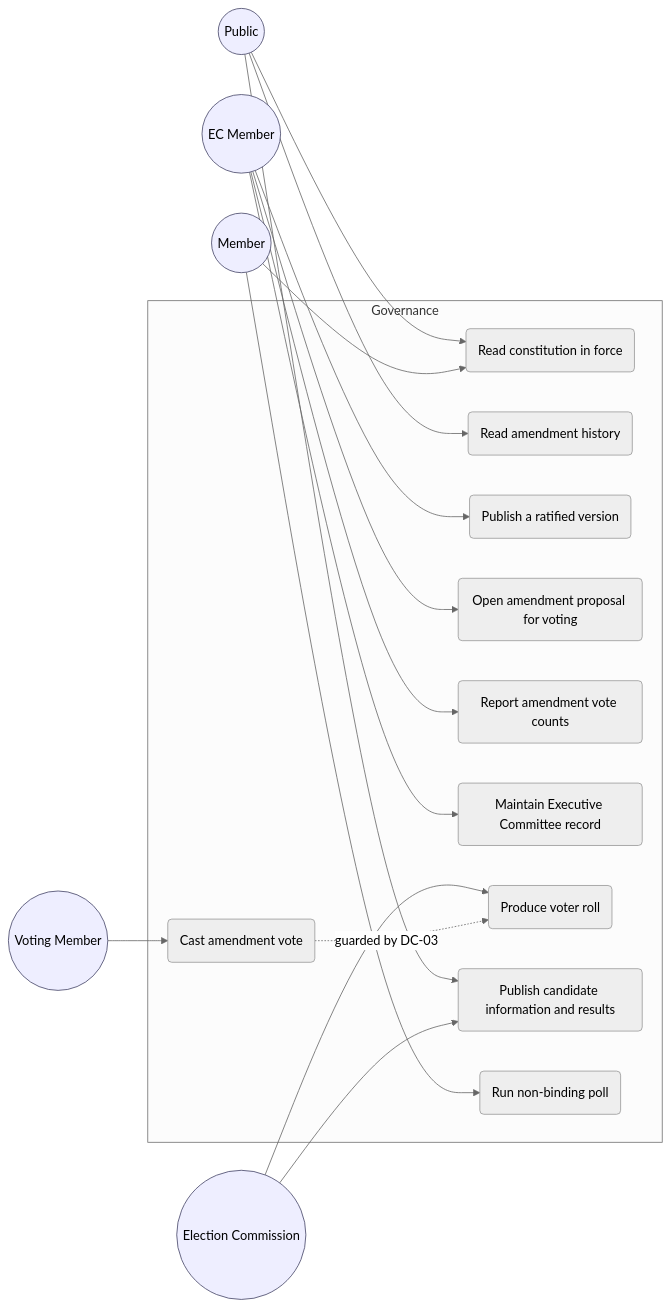
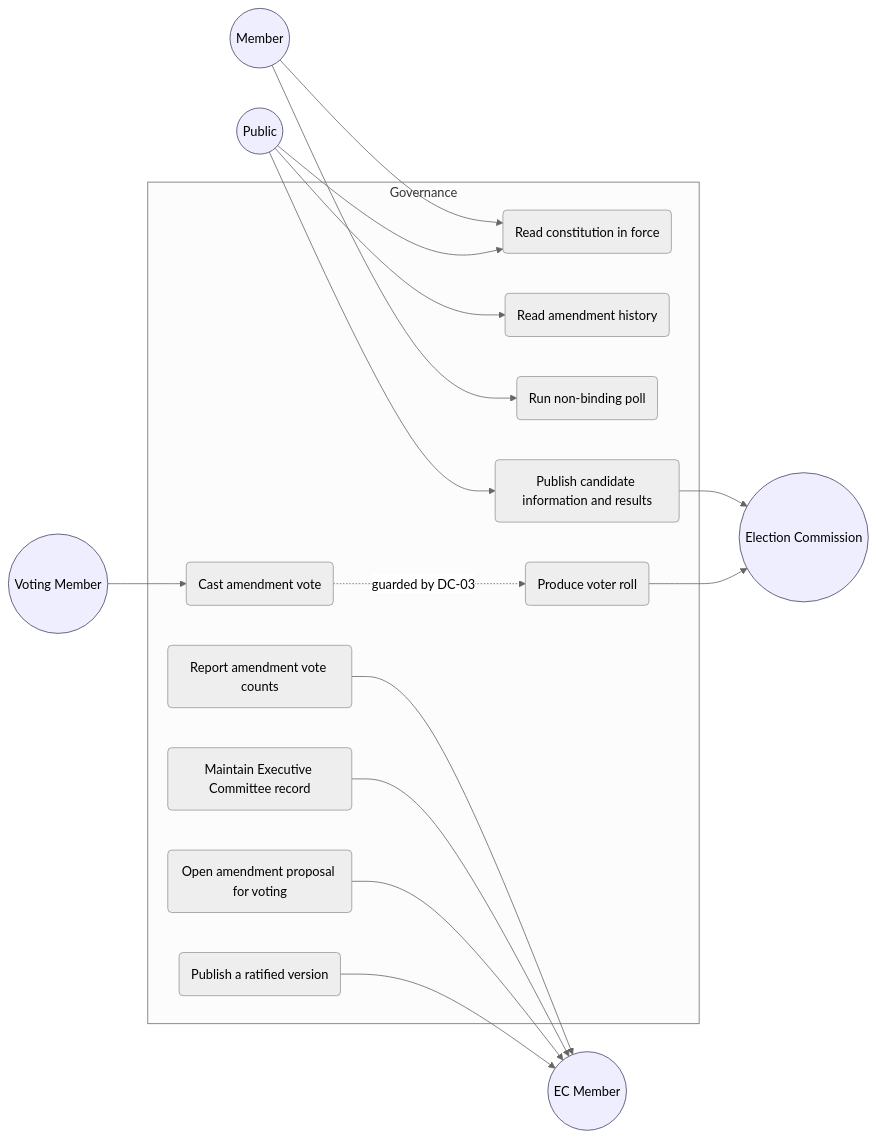
The fifth of 12 diagrams in docs/book/03-requirements.md (shalin-rahman/GHCAA), drawn with Mermaid (neutral theme) before and after one commit. The commit also changed other lines of this file and 42 other files, not shown here.

````diff
--- a/docs/book/03-requirements.md
+++ b/docs/book/03-requirements.md
@@ -852,34 +842,34 @@
 ```mermaid
 flowchart LR
     P(( Public )):::a
     M(( Member )):::a
     V(( Voting Member )):::a
     E(( EC Member )):::a
     EC(( Election Commission )):::a
     subgraph S["Governance"]
       U1(Read constitution in force)
       U2(Read amendment history)
+      U10(Run non-binding poll)
+      U5(Cast amendment vote)
+      U9(Publish candidate information and results)
+      U8(Produce voter roll)
       U3(Publish a ratified version)
       U4(Open amendment proposal for voting)
-      U5(Cast amendment vote)
+      U7(Maintain Executive Committee record)
       U6(Report amendment vote counts)
-      U7(Maintain Executive Committee record)
-      U8(Produce voter roll)
-      U9(Publish candidate information and results)
-      U10(Run non-binding poll)
     end
     P --> U1
     P --> U2
     P --> U9
     M --> U1
     M --> U10
     V --> U5
-    E --> U3
-    E --> U4
-    E --> U7
-    E --> U6
-    EC --> U8
-    EC --> U9
     U5 -.->|guarded by DC-03| U8
+    U3 --> E
+    U4 --> E
+    U7 --> E
+    U6 --> E
+    U8 --> EC
+    U9 --> EC
     classDef a fill:#eef,stroke:#446
 ```
````
